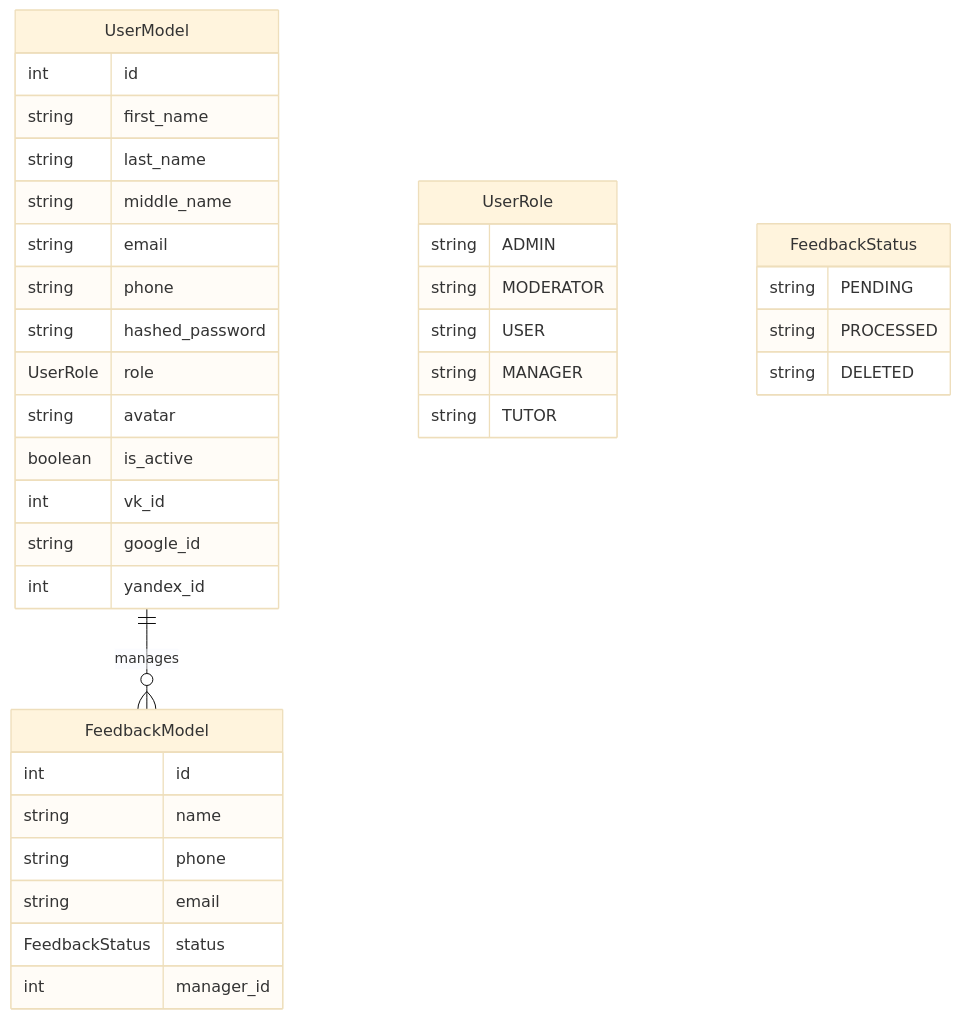
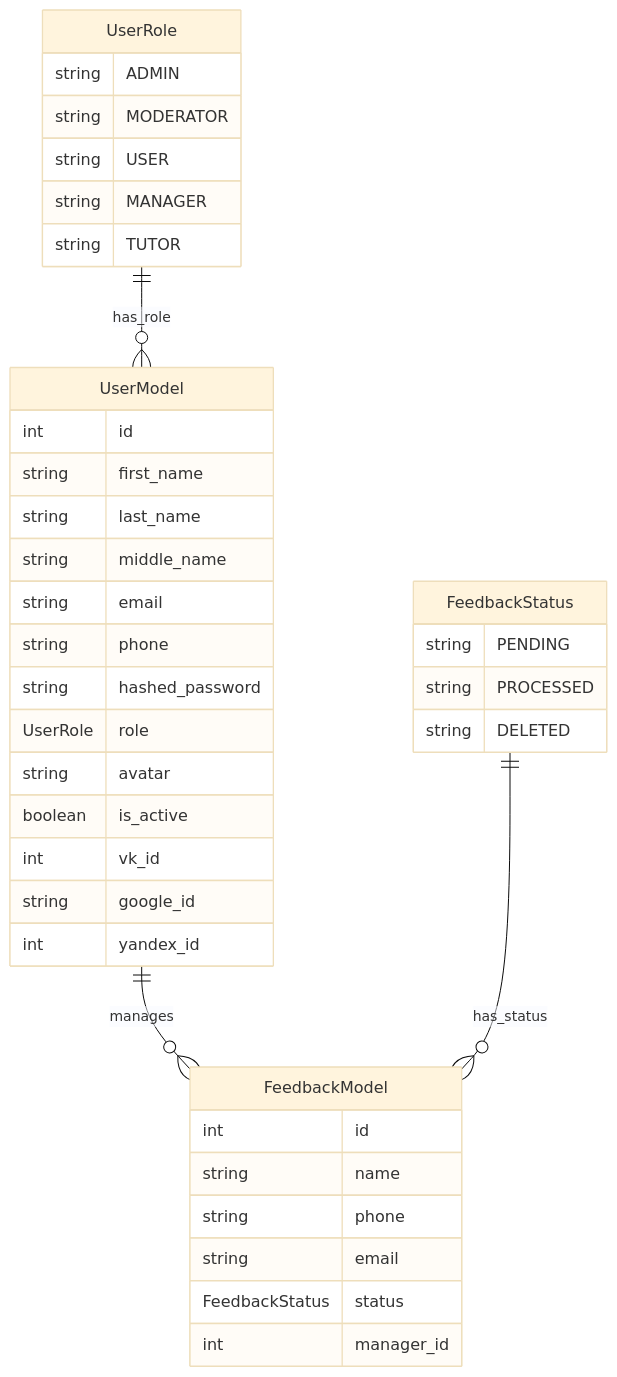
Before and after one commit to darkgooddack/educational-platform: the first of 2 diagrams in docs/models.md, drawn with Mermaid (base theme).

Commit message:
docs: дополнения к claude

````diff
--- a/docs/models.md
+++ b/docs/models.md
@@ -2,40 +2,43 @@
 ```mermaid
 erDiagram
     UserModel ||--o{ FeedbackModel : manages
     UserModel {
         int id
         string first_name
         string last_name
         string middle_name
         string email
         string phone
         string hashed_password
         UserRole role
         string avatar
         boolean is_active
         int vk_id
         string google_id
         int yandex_id
     }
     FeedbackModel {
         int id
         string name
         string phone
         string email
         FeedbackStatus status
         int manager_id
     }
+    UserRole ||--o{ UserModel : has_role
+    FeedbackStatus ||--o{ FeedbackModel : has_status
     UserRole {
         string ADMIN
         string MODERATOR
         string USER
         string MANAGER
         string TUTOR
     }
     FeedbackStatus {
         string PENDING
         string PROCESSED
         string DELETED
     }
 
+
 ```
````
